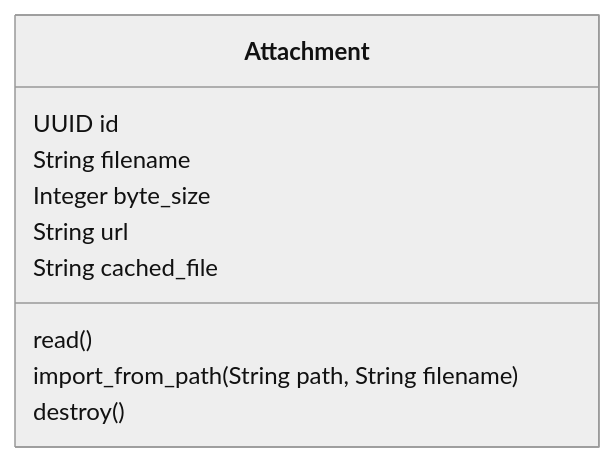
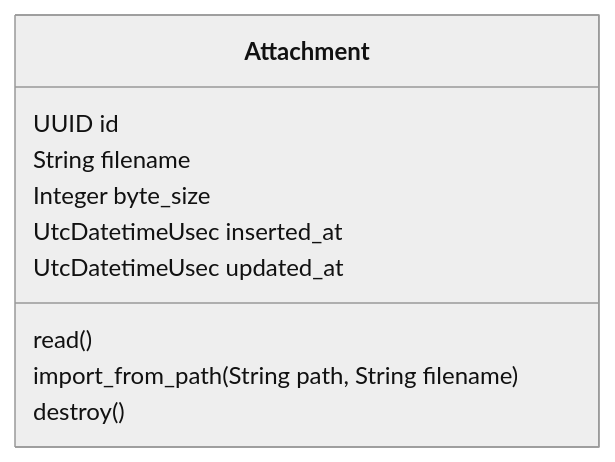
Before and after one commit to zebbra/data_aggregator: the diagram in lib/data_aggregator/files/files-mermaid-class-diagram.md, drawn with Mermaid (neutral theme). The commit also changed 169 other files, not shown here.

````diff
--- a/lib/data_aggregator/files/files-mermaid-class-diagram.md
+++ b/lib/data_aggregator/files/files-mermaid-class-diagram.md
@@ -1,16 +1,16 @@
 ```mermaid
 classDiagram
     class Attachment {
         UUID id
         String filename
         Integer byte_size
-        String url
-        String cached_file
+        UtcDatetimeUsec inserted_at
+        UtcDatetimeUsec updated_at
         read()
         import_from_path(String path, String filename)
         destroy()
     }
 
 
 
 ```
````
